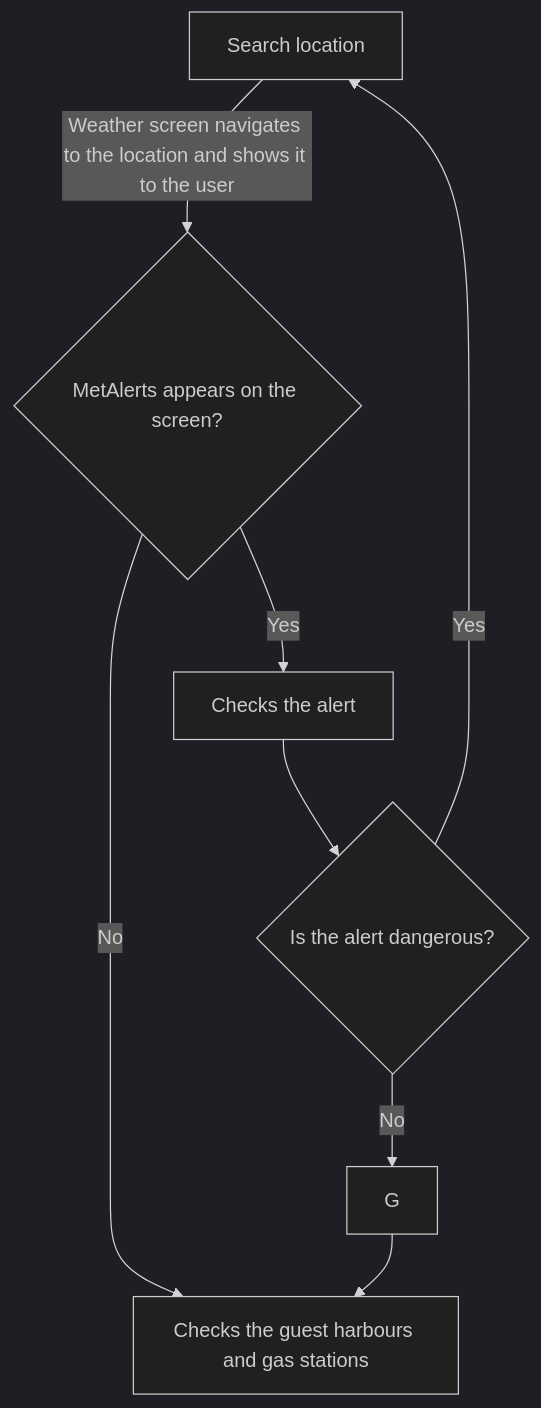
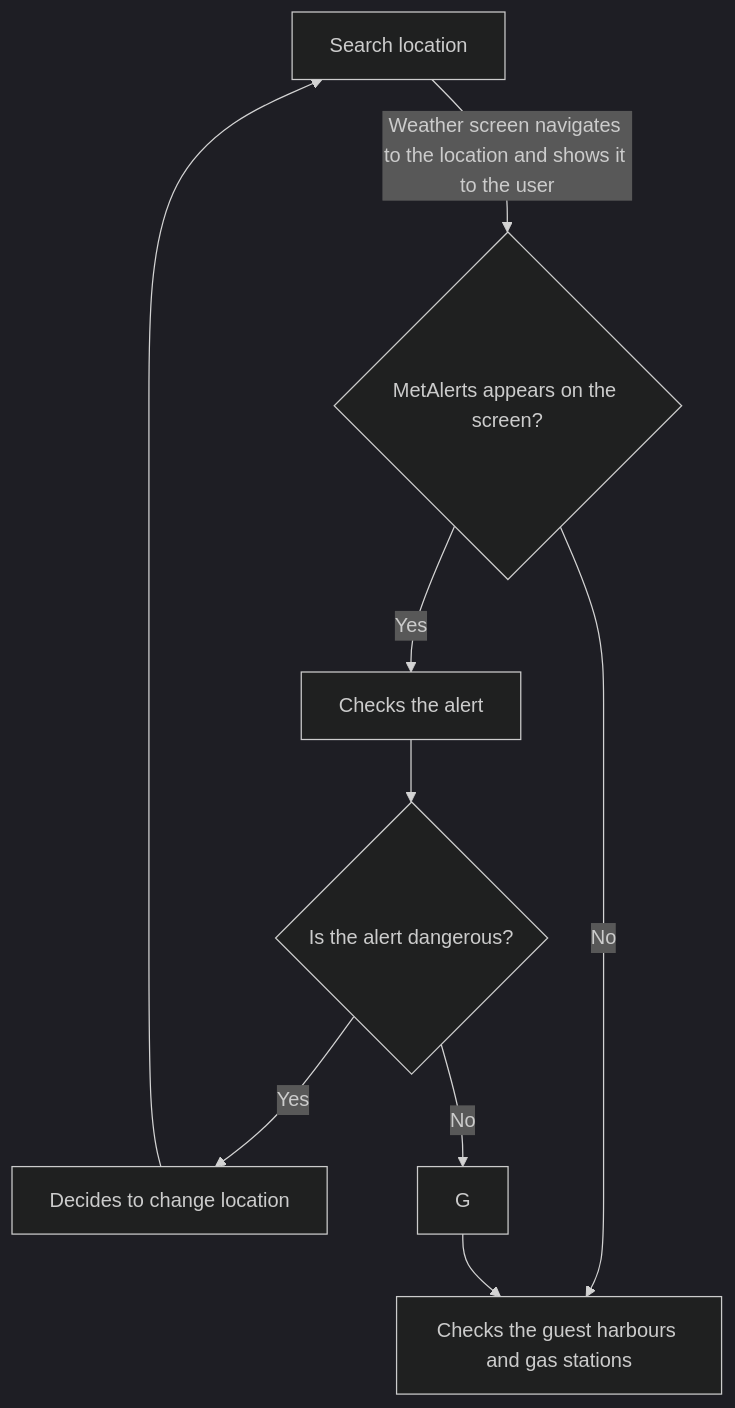
Before and after one commit to ronjainstanes/IN2000-student-project: the second of 2 diagrams in MODELING.md, drawn with Mermaid (dark theme).

Commit message:
Activity diagram start test 10

````diff
--- a/MODELING.md
+++ b/MODELING.md
@@ -126,9 +126,9 @@
 ```mermaid
 flowchart 
 A[Search location] -->|Weather screen navigates to the location and shows it to the user| B{MetAlerts appears on the screen?}
 B -->|Yes| C[Checks the alert]
 B -->|No| D[Checks the guest harbours and gas stations]
 C--> E{Is the alert dangerous?}
-E-->|Yes| A
+E-->|Yes| F[Decides to change location]-->A
 E-->|No| G-->D
 ```
````
